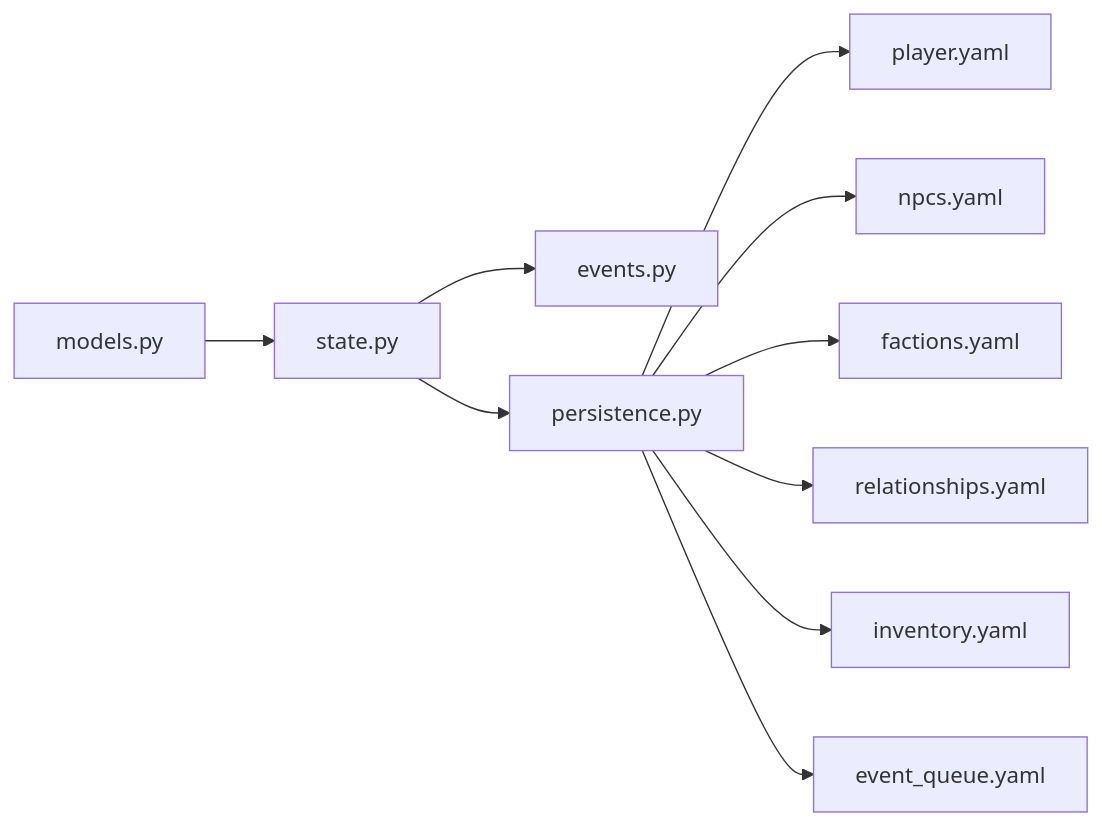
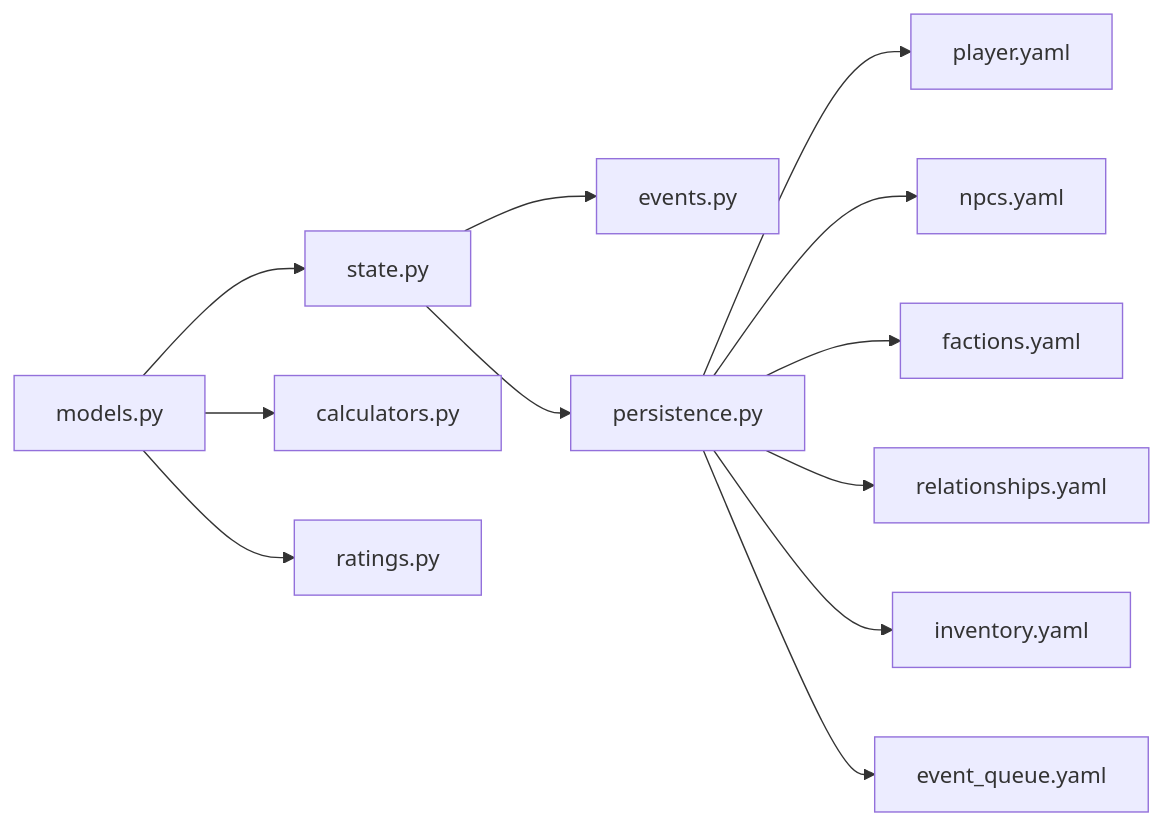
The fifth of 5 diagrams in .qoder/repowiki/zh/content/数据模型.md (Ivandanslespace/thegreatnovel), drawn with Mermaid before and after one commit. The commit also changed other lines of this file and 264 other files, not shown here.

````diff
--- a/.qoder/repowiki/zh/content/数据模型.md
+++ b/.qoder/repowiki/zh/content/数据模型.md
@@ -314,12 +402,14 @@
 ```mermaid
 graph LR
 M["models.py"] --> S["state.py"]
 S --> E["events.py"]
 S --> P["persistence.py"]
+M --> C["calculators.py"]
+M --> R["ratings.py"]
 P --> T1["player.yaml"]
 P --> T2["npcs.yaml"]
 P --> T3["factions.yaml"]
 P --> T4["relationships.yaml"]
 P --> T5["inventory.yaml"]
 P --> T6["event_queue.yaml"]
 ```
````
